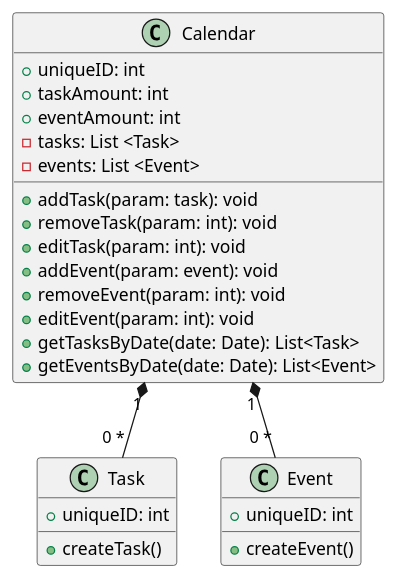
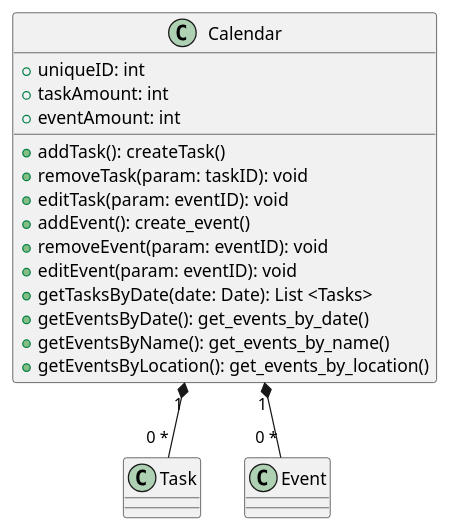
The diagram in assignment6/calendar.puml (CS361-2024Fall-Term/Innovators), drawn with PlantUML before and after one commit. The commit also changed 3 other files, not shown here.

```diff
--- a/assignment6/calendar.puml
+++ b/assignment6/calendar.puml
@@ -1,32 +1,28 @@
 @startuml
 
 class Calendar {
   +uniqueID: int  
   +taskAmount: int
   +eventAmount: int
-  -tasks: List <Task>
-  -events: List <Event>
-  +addTask(param: task): void
-  +removeTask(param: int): void
-  +editTask(param: int): void
-  +addEvent(param: event): void
-  +removeEvent(param: int): void
-  +editEvent(param: int): void
-  +getTasksByDate(date: Date): List<Task>
-  +getEventsByDate(date: Date): List<Event>
+  +addTask(): createTask()
+  +removeTask(param: taskID): void
+  +editTask(param: eventID): void
+  +addEvent(): create_event()
+  +removeEvent(param: eventID): void
+  +editEvent(param: eventID): void
+  +getTasksByDate(date: Date): List <Tasks>
+  +getEventsByDate(): get_events_by_date()
+  +getEventsByName(): get_events_by_name()
+  +getEventsByLocation(): get_events_by_location()
 }
 
 class Task {
-  +uniqueID: int
-  +createTask()
 }
 
 class Event {
-  +uniqueID: int
-  +createEvent()
 }
 
 Calendar "1" *-- "0 *" Task
 Calendar "1" *-- "0 *" Event
 
 @enduml
```
